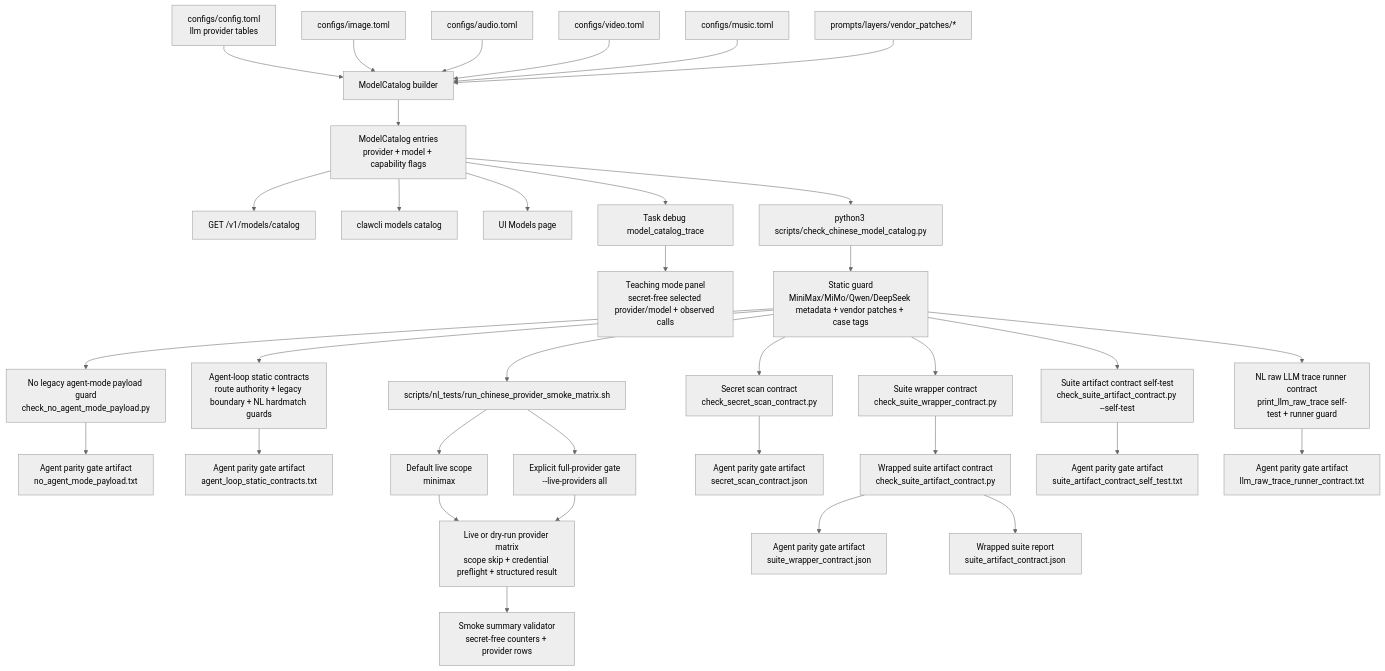
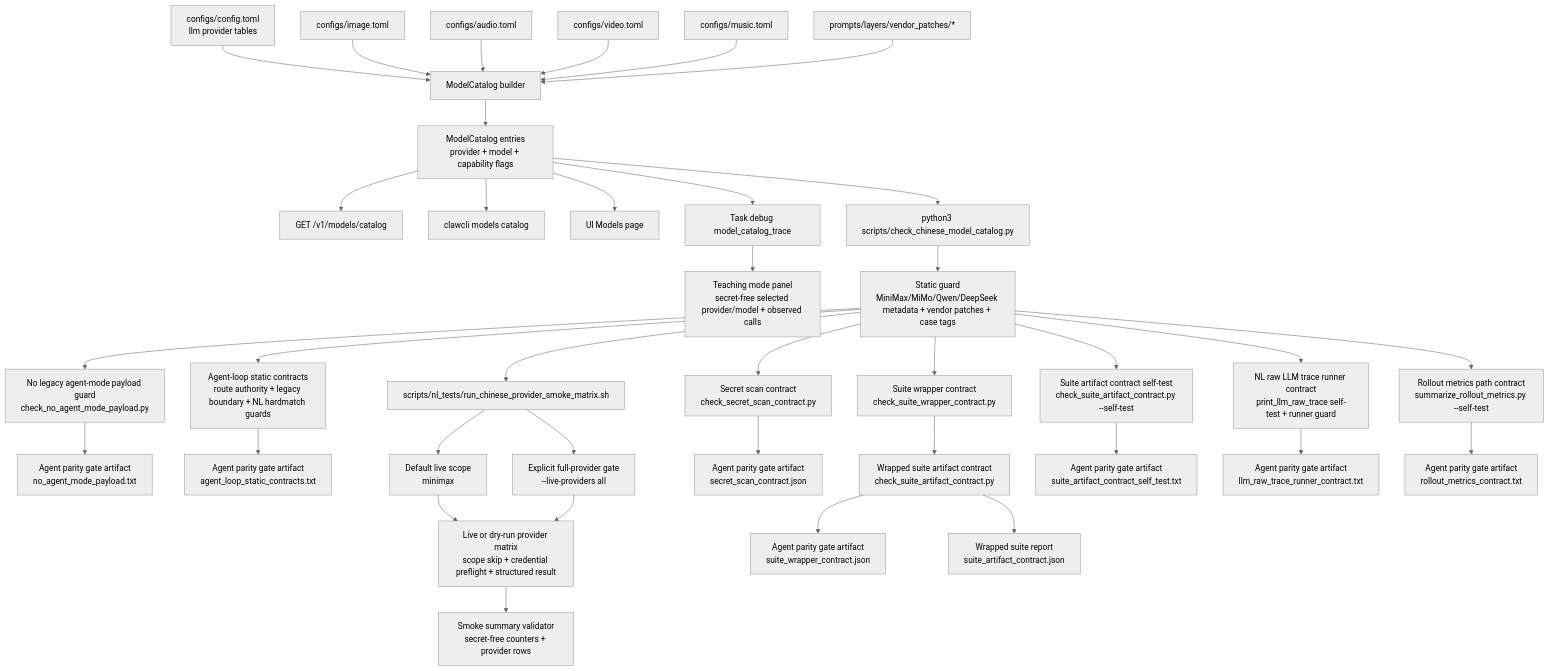
One commit to MatrixCoreX/RustClaw changed diagram 16 of 16 in README.md. Above: the diagram before and after it, drawn with Mermaid (neutral theme). The commit also changed other lines of this file and 7 other files, not shown here.

Commit message:
Redact rollout metrics paths

````diff
--- a/README.md
+++ b/README.md
@@ -744,37 +744,39 @@
 ```mermaid
 flowchart TD
     A[configs/config.toml<br/>llm provider tables] --> B[ModelCatalog builder]
     C[configs/image.toml] --> B
     D[configs/audio.toml] --> B
     E[configs/video.toml] --> B
     F[configs/music.toml] --> B
     G[prompts/layers/vendor_patches/*] --> B
     B --> H[ModelCatalog entries<br/>provider + model + capability flags]
     H --> I[GET /v1/models/catalog]
     H --> J[clawcli models catalog]
     H --> K[UI Models page]
     H --> L[Task debug model_catalog_trace]
     L --> M[Teaching mode panel<br/>secret-free selected provider/model + observed calls]
     H --> N[python3 scripts/check_chinese_model_catalog.py]
     N --> O[Static guard<br/>MiniMax/MiMo/Qwen/DeepSeek metadata + vendor patches + case tags]
     O --> AM[No legacy agent-mode payload guard<br/>check_no_agent_mode_payload.py]
     AM --> AA[Agent parity gate artifact<br/>no_agent_mode_payload.txt]
     O --> ALS[Agent-loop static contracts<br/>route authority + legacy boundary + NL hardmatch guards]
     ALS --> ALA[Agent parity gate artifact<br/>agent_loop_static_contracts.txt]
     O --> SC[Secret scan contract<br/>check_secret_scan_contract.py]
     O --> P[scripts/nl_tests/run_chinese_provider_smoke_matrix.sh]
     P --> PS[Default live scope<br/>minimax]
     PS --> Q[Live or dry-run provider matrix<br/>scope skip + credential preflight + structured result]
     P --> R[Explicit full-provider gate<br/>--live-providers all]
     R --> Q
     Q --> SV[Smoke summary validator<br/>secret-free counters + provider rows]
     SC --> AP[Agent parity gate artifact<br/>secret_scan_contract.json]
     O --> SW[Suite wrapper contract<br/>check_suite_wrapper_contract.py]
     SW --> SAC[Wrapped suite artifact contract<br/>check_suite_artifact_contract.py]
     SAC --> AW[Agent parity gate artifact<br/>suite_wrapper_contract.json]
     SAC --> SAR[Wrapped suite report<br/>suite_artifact_contract.json]
     O --> SAST[Suite artifact contract self-test<br/>check_suite_artifact_contract.py --self-test]
     SAST --> SASTA[Agent parity gate artifact<br/>suite_artifact_contract_self_test.txt]
     O --> LT[NL raw LLM trace runner contract<br/>print_llm_raw_trace self-test + runner guard]
     LT --> AT[Agent parity gate artifact<br/>llm_raw_trace_runner_contract.txt]
+    O --> RM[Rollout metrics path contract<br/>summarize_rollout_metrics.py --self-test]
+    RM --> RMA[Agent parity gate artifact<br/>rollout_metrics_contract.txt]
 ```
````
